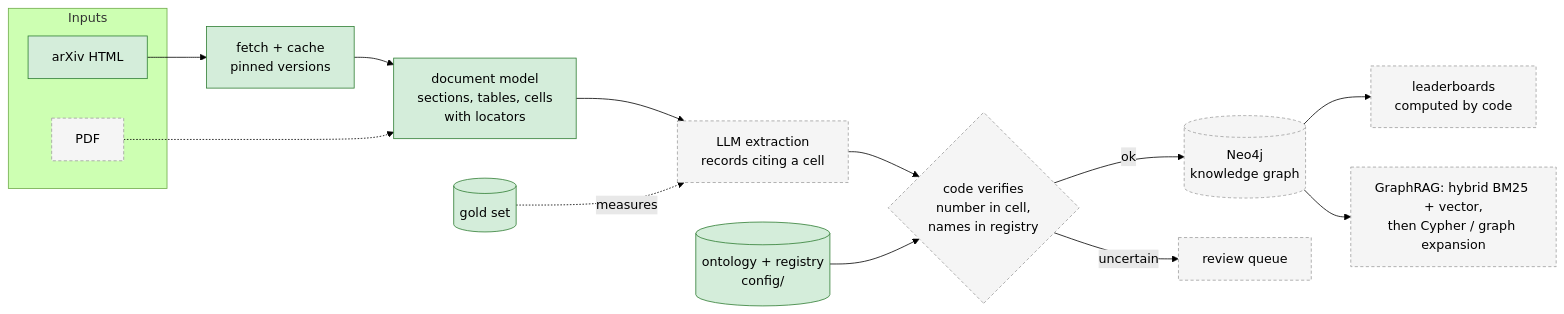
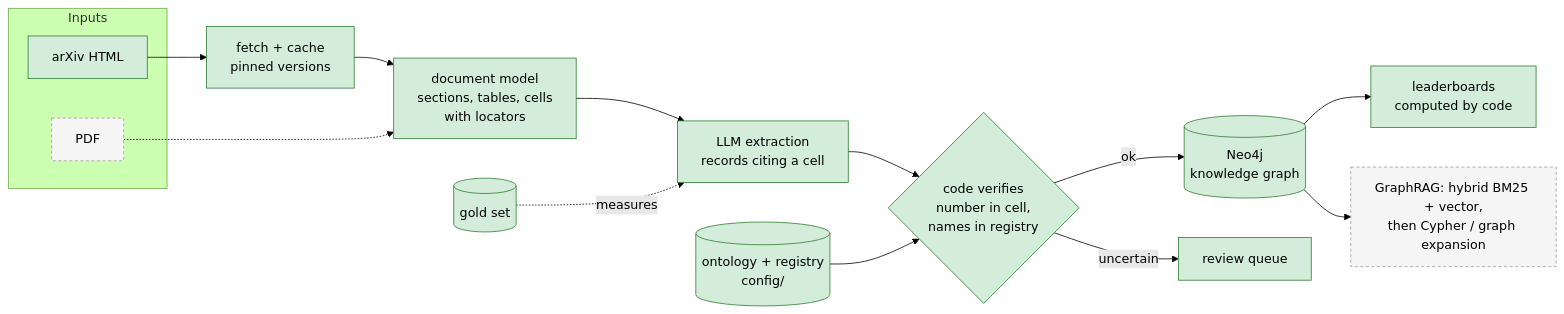
One commit to Ilyas-Khiat/sota-graph changed the diagram in README.md. Above: the diagram before and after it, drawn with Mermaid (forest theme). The commit also changed other lines of this file and 26 other files, not shown here.

First line of the commit message:
Step 5: Neo4j graph, method identity and leaderboards computed by code

````diff
--- a/README.md
+++ b/README.md
@@ -127,20 +183,20 @@
 ```mermaid
 flowchart LR
     subgraph inputs[Inputs]
         H[arXiv HTML]:::done
         P[PDF]:::todo
     end
     H --> F[fetch + cache<br/>pinned versions]:::done --> D[document model<br/>sections, tables, cells<br/>with locators]:::done
     P -.-> D
     R[(ontology + registry<br/>config/)]:::done
-    D --> X[LLM extraction<br/>records citing a cell]:::todo
-    X --> V{code verifies<br/>number in cell,<br/>names in registry}:::todo
+    D --> X[LLM extraction<br/>records citing a cell]:::done
+    X --> V{code verifies<br/>number in cell,<br/>names in registry}:::done
     R --> V
-    V -- ok --> G[(Neo4j<br/>knowledge graph)]:::todo
-    V -- uncertain --> Q[review queue]:::todo
-    G --> L[leaderboards<br/>computed by code]:::todo
+    V -- ok --> G[(Neo4j<br/>knowledge graph)]:::done
+    V -- uncertain --> Q[review queue]:::done
+    G --> L[leaderboards<br/>computed by code]:::done
     G --> A[GraphRAG: hybrid BM25 + vector,<br/>then Cypher / graph expansion]:::todo
     S[(gold set)]:::done -. measures .-> X
     classDef done fill:#d4edda,stroke:#2e7d32
     classDef todo fill:#f5f5f5,stroke:#9e9e9e,stroke-dasharray: 4 3
 ```
````
